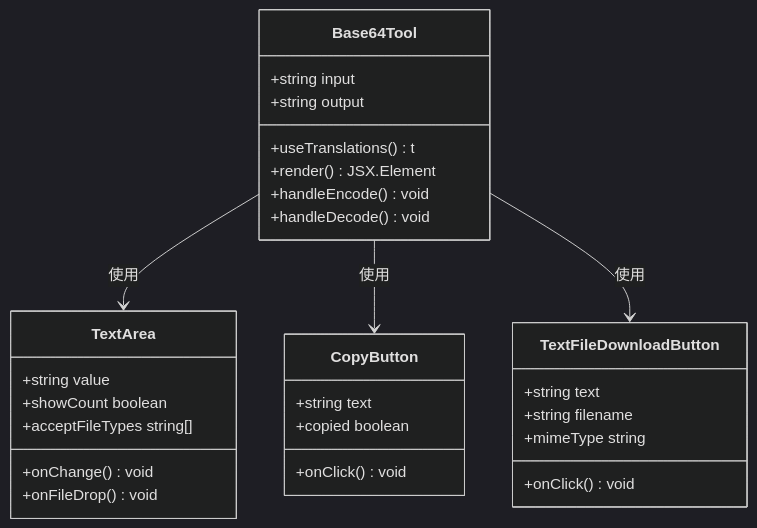
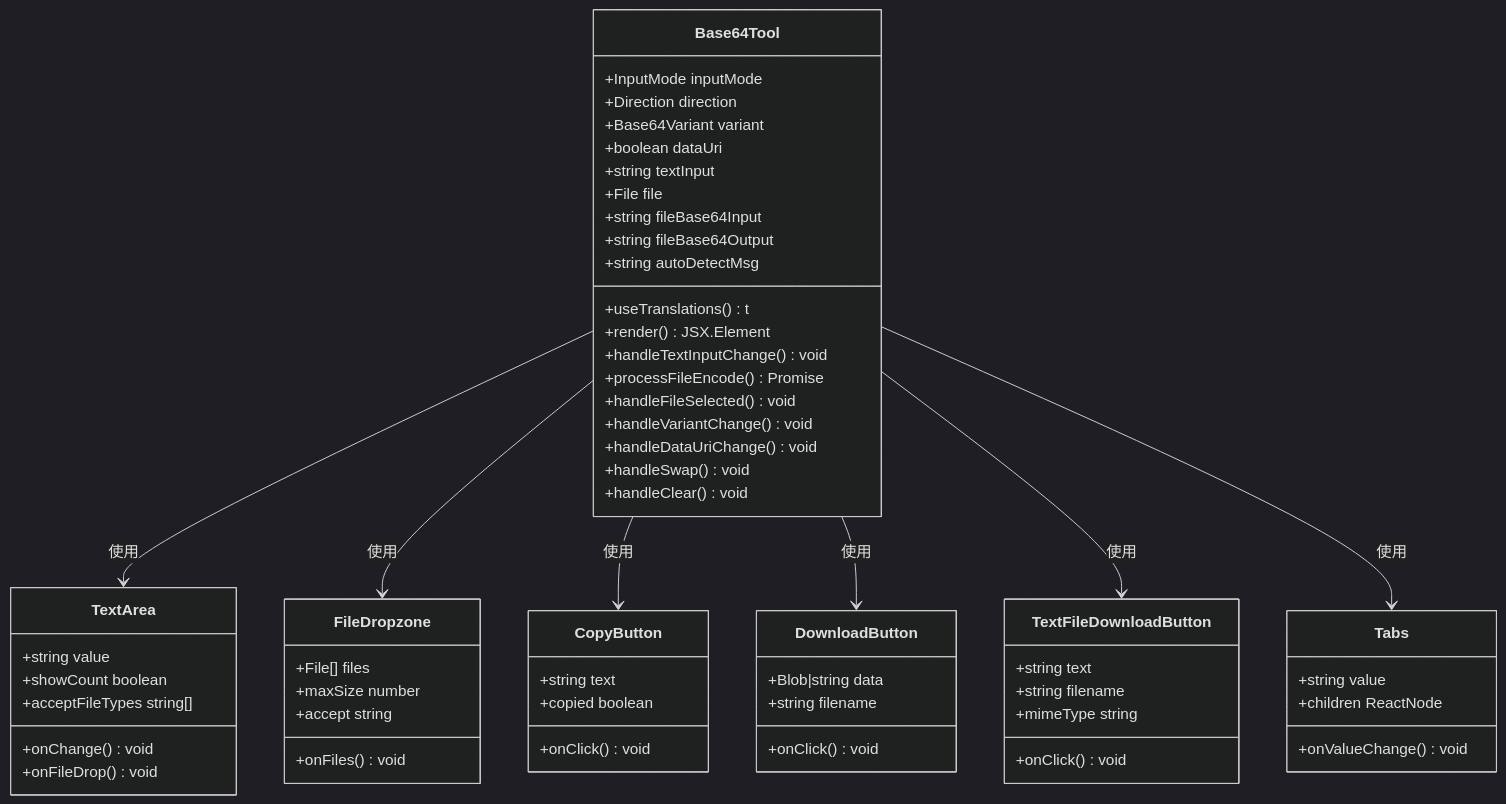
One commit to sgyy/privadeck changed the fourth of 6 diagrams in .qoder/repowiki/zh/content/开发者工具/Base64编码工具.md. Above: the diagram before and after it, drawn with Mermaid (dark theme). The commit also changed other lines of this file and 5 other files, not shown here.

````diff
--- a/.qoder/repowiki/zh/content/开发者工具/Base64编码工具.md
+++ b/.qoder/repowiki/zh/content/开发者工具/Base64编码工具.md
@@ -174,32 +255,63 @@
 ```mermaid
 classDiagram
 class Base64Tool {
-+string input
-+string output
++InputMode inputMode
++Direction direction
++Base64Variant variant
++boolean dataUri
++string textInput
++File file
++string fileBase64Input
++string fileBase64Output
++string autoDetectMsg
 +useTranslations() t
 +render() JSX.Element
-+handleEncode() void
-+handleDecode() void
++handleTextInputChange() void
++processFileEncode() Promise<void>
++handleFileSelected() void
++handleVariantChange() void
++handleDataUriChange() void
++handleSwap() void
++handleClear() void
 }
 class TextArea {
 +string value
 +onChange() void
 +onFileDrop() void
 +showCount boolean
 +acceptFileTypes string[]
 }
+class FileDropzone {
++File[] files
++onFiles() void
++maxSize number
++accept string
+}
 class CopyButton {
 +string text
 +onClick() void
 +copied boolean
+}
+class DownloadButton {
++Blob|string data
++string filename
++onClick() void
 }
 class TextFileDownloadButton {
 +string text
 +string filename
 +onClick() void
 +mimeType string
 }
+class Tabs {
++string value
++onValueChange() void
++children ReactNode
+}
 Base64Tool --> TextArea : 使用
+Base64Tool --> FileDropzone : 使用
 Base64Tool --> CopyButton : 使用
+Base64Tool --> DownloadButton : 使用
 Base64Tool --> TextFileDownloadButton : 使用
+Base64Tool --> Tabs : 使用
 ```
````
